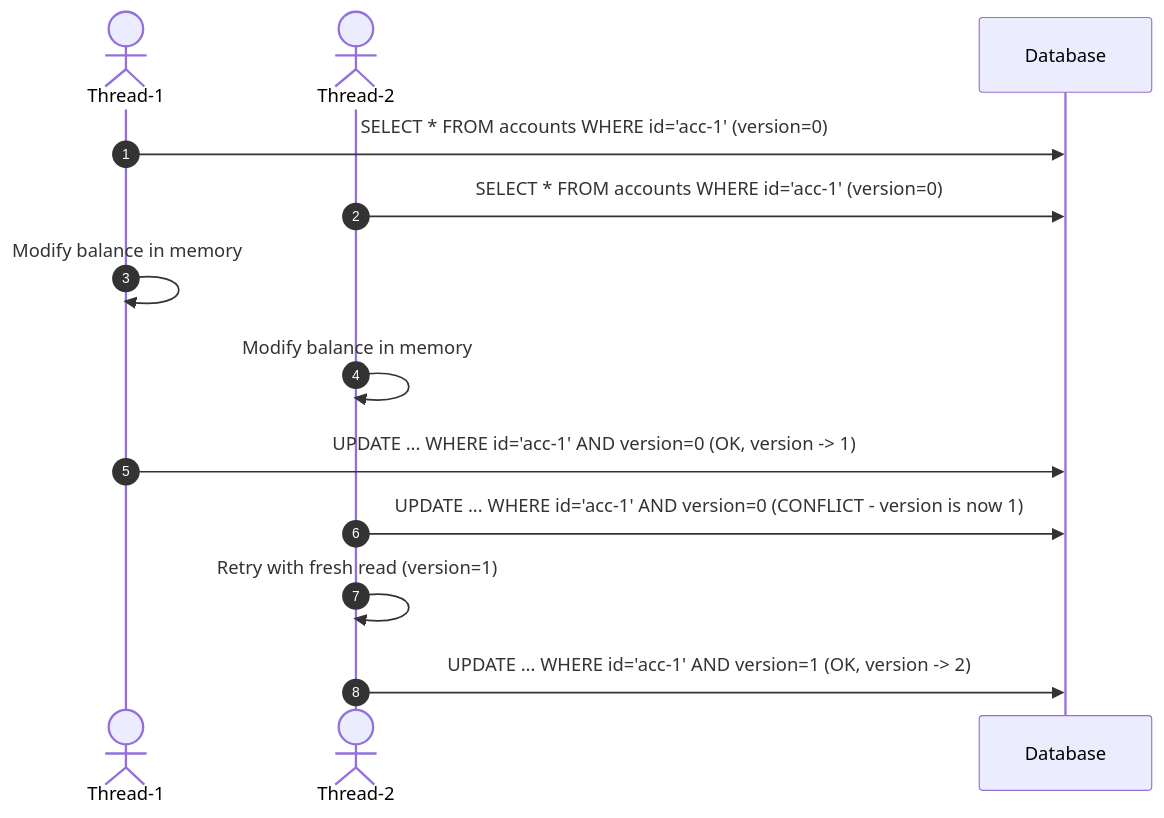
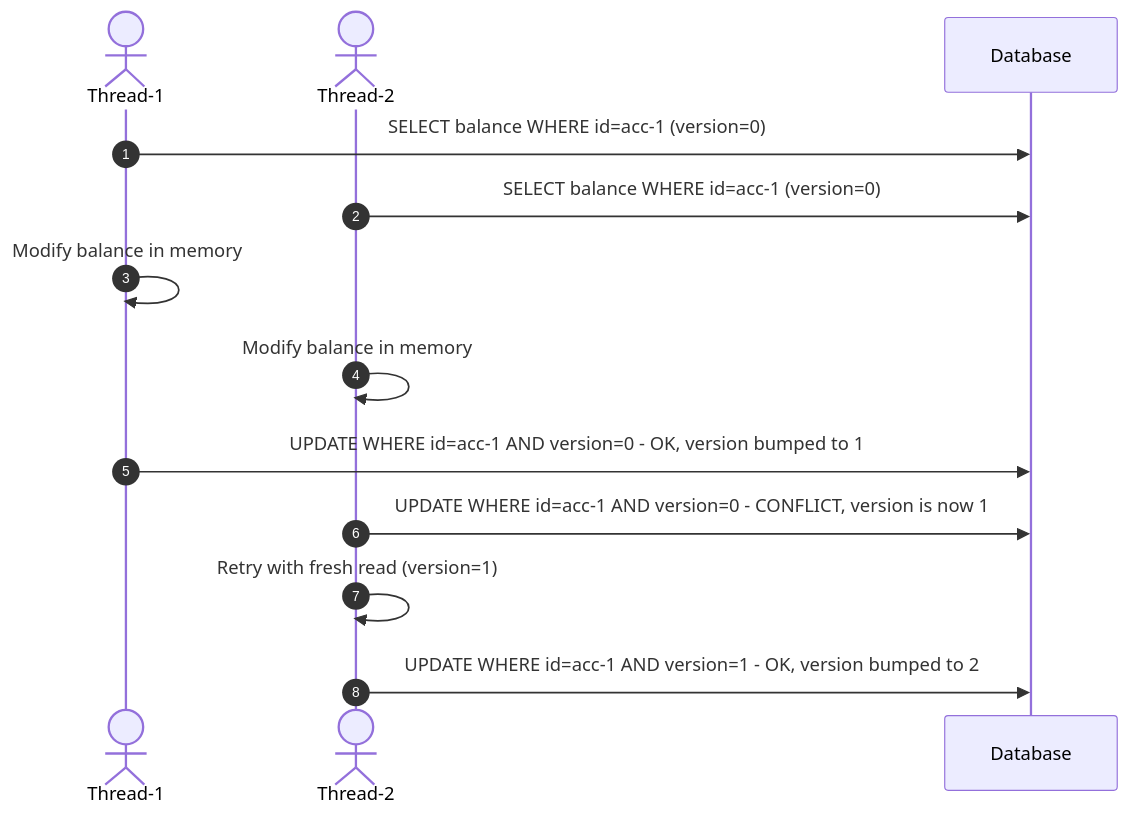
The first of 12 diagrams in README.md (Jatinghataliya/database-locking), drawn with Mermaid before and after one commit. The commit also changed other lines of this file, not shown here.

First line of the commit message:
fix: remove all invalid Mermaid syntax from README diagrams

````diff
--- a/README.md
+++ b/README.md
@@ -84,16 +84,16 @@
 ```mermaid
 sequenceDiagram
     autonumber
     actor T1 as Thread-1
     actor T2 as Thread-2
     participant DB as Database
 
-    T1->>DB: SELECT * FROM accounts WHERE id='acc-1'  (version=0)
-    T2->>DB: SELECT * FROM accounts WHERE id='acc-1'  (version=0)
+    T1->>DB: SELECT balance WHERE id=acc-1 (version=0)
+    T2->>DB: SELECT balance WHERE id=acc-1 (version=0)
     T1->>T1: Modify balance in memory
     T2->>T2: Modify balance in memory
-    T1->>DB: UPDATE ... WHERE id='acc-1' AND version=0  (OK, version -> 1)
-    T2->>DB: UPDATE ... WHERE id='acc-1' AND version=0  (CONFLICT - version is now 1)
+    T1->>DB: UPDATE WHERE id=acc-1 AND version=0 - OK, version bumped to 1
+    T2->>DB: UPDATE WHERE id=acc-1 AND version=0 - CONFLICT, version is now 1
     T2->>T2: Retry with fresh read (version=1)
-    T2->>DB: UPDATE ... WHERE id='acc-1' AND version=1  (OK, version -> 2)
+    T2->>DB: UPDATE WHERE id=acc-1 AND version=1 - OK, version bumped to 2
 ```
````
